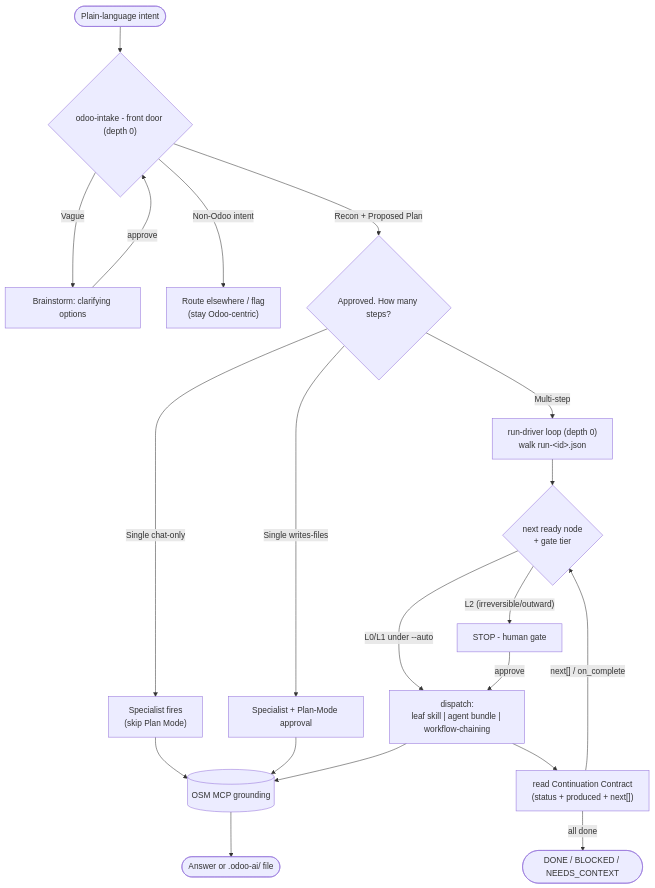
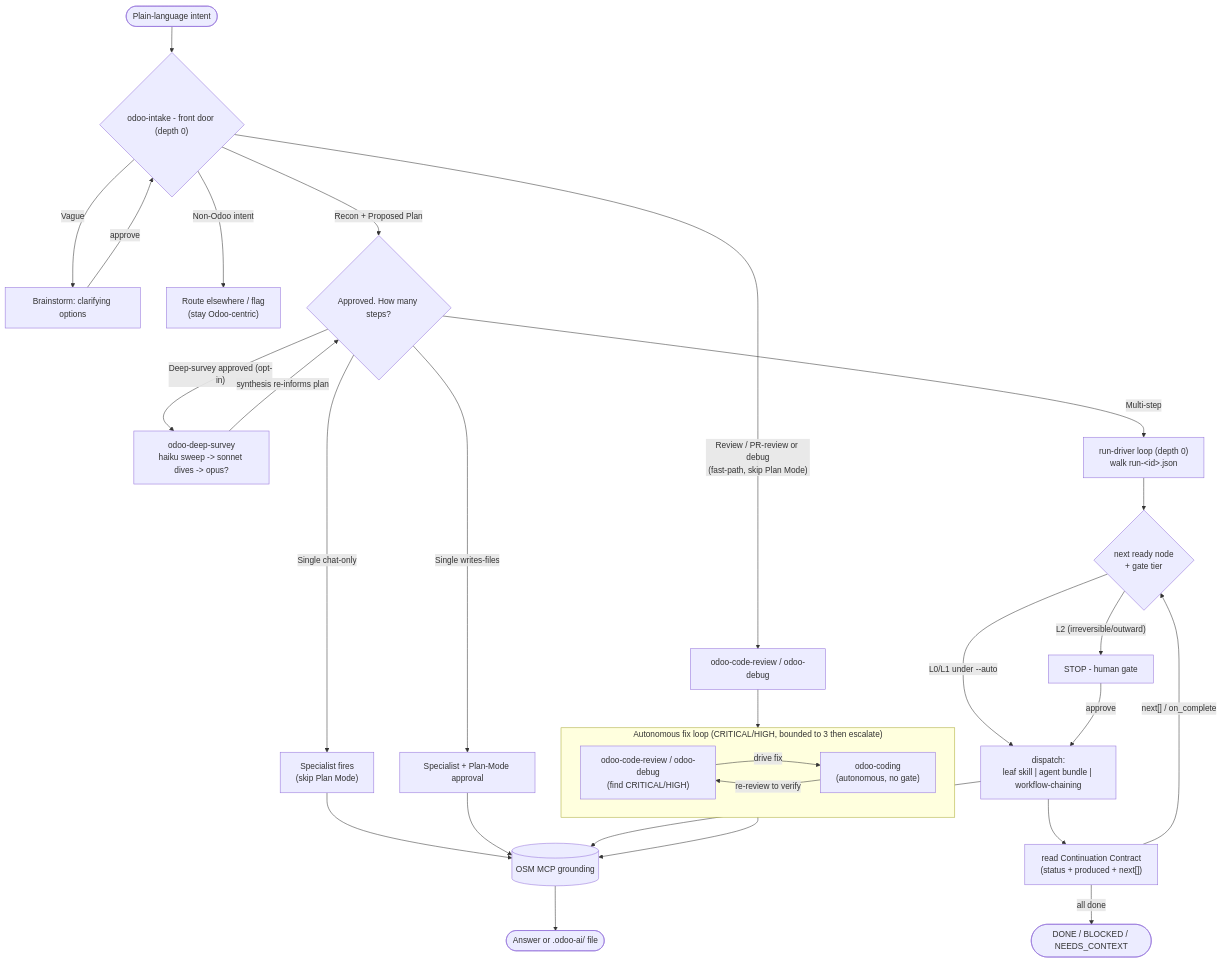
The second of 5 diagrams in plugins/odoo-ai-agents/README.md (Viindoo/odoo-mcp-client), drawn with Mermaid before and after one commit. The commit also changed other lines of this file and 39 other files, not shown here.

````diff
--- a/plugins/odoo-ai-agents/README.md
+++ b/plugins/odoo-ai-agents/README.md
@@ -121,25 +134,38 @@
 ```mermaid
 flowchart TD
     A([Plain-language intent]) --> D{"odoo-intake - front door (depth 0)"}
     D -->|"Vague"| E["Brainstorm: clarifying options"]
     E -->|approve| D
     D -->|"Non-Odoo intent"| X["Route elsewhere / flag<br/>(stay Odoo-centric)"]
+    D -->|"Review / PR-review or debug<br/>(fast-path, skip Plan Mode)"| SPEC["odoo-code-review / odoo-debug"]
     D -->|"Recon + Proposed Plan"| G{"Approved. How many steps?"}
+
+    G -->|"Deep-survey approved (opt-in)"| DS["odoo-deep-survey<br/>haiku sweep -> sonnet dives -> opus?"]
+    DS -->|"synthesis re-informs plan"| G
 
     G -->|"Single chat-only"| F1["Specialist fires<br/>(skip Plan Mode)"]
     G -->|"Single writes-files"| F2["Specialist + Plan-Mode approval"]
     G -->|"Multi-step"| RUN["run-driver loop (depth 0)<br/>walk run-&lt;id&gt;.json"]
 
     RUN --> PK{"next ready node<br/>+ gate tier"}
     PK -->|"L0/L1 under --auto"| DISP["dispatch:<br/>leaf skill | agent bundle | workflow-chaining"]
     PK -->|"L2 (irreversible/outward)"| STOP["STOP - human gate"]
     STOP -->|approve| DISP
     DISP --> CC["read Continuation Contract<br/>(status + produced + next[])"]
     CC -->|"next[] / on_complete"| PK
     CC -->|"all done"| DONE([DONE / BLOCKED / NEEDS_CONTEXT])
 
+    subgraph FIXLOOP["Autonomous fix loop (CRITICAL/HIGH, bounded to 3 then escalate)"]
+        direction LR
+        REV["odoo-code-review / odoo-debug<br/>(find CRITICAL/HIGH)"] -->|"drive fix"| FIX["odoo-coding<br/>(autonomous, no gate)"]
+        FIX -->|"re-review to verify"| REV
+    end
+
+    SPEC --> FIXLOOP
+
     F1 --> I[("OSM MCP grounding")]
     F2 --> I
     DISP --> I
+    FIXLOOP --> I
     I --> Z([Answer or .odoo-ai/ file])
 ```
````
